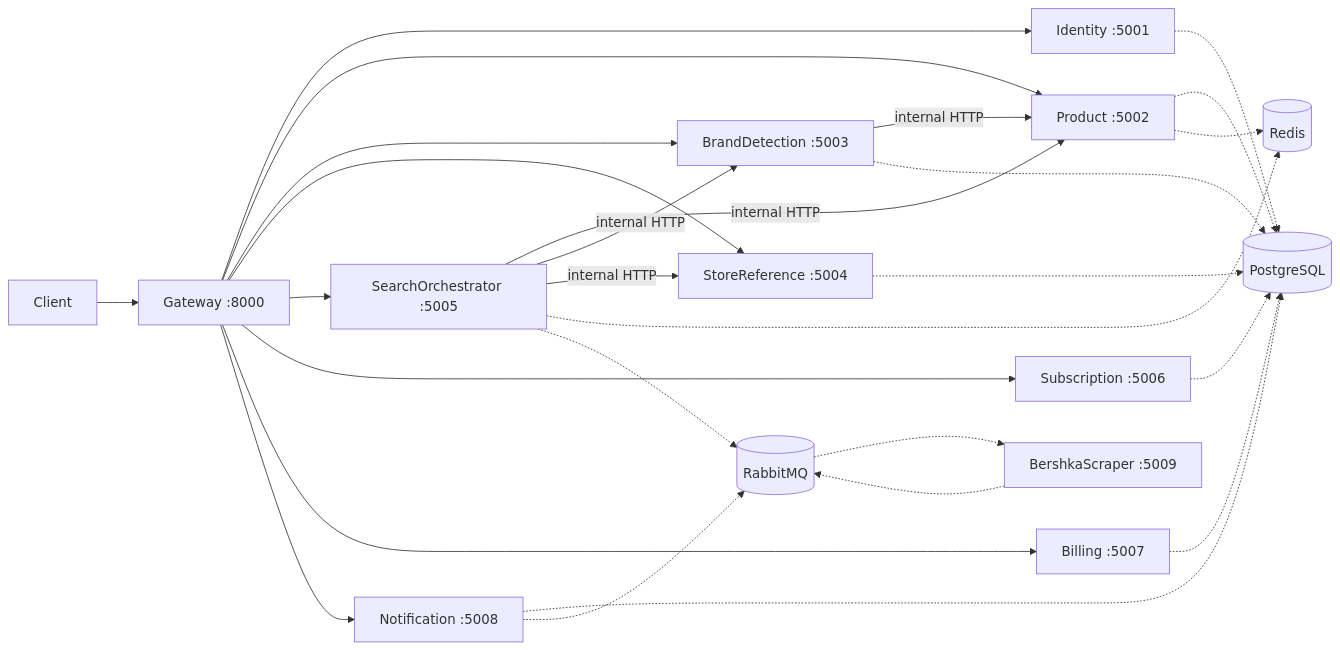
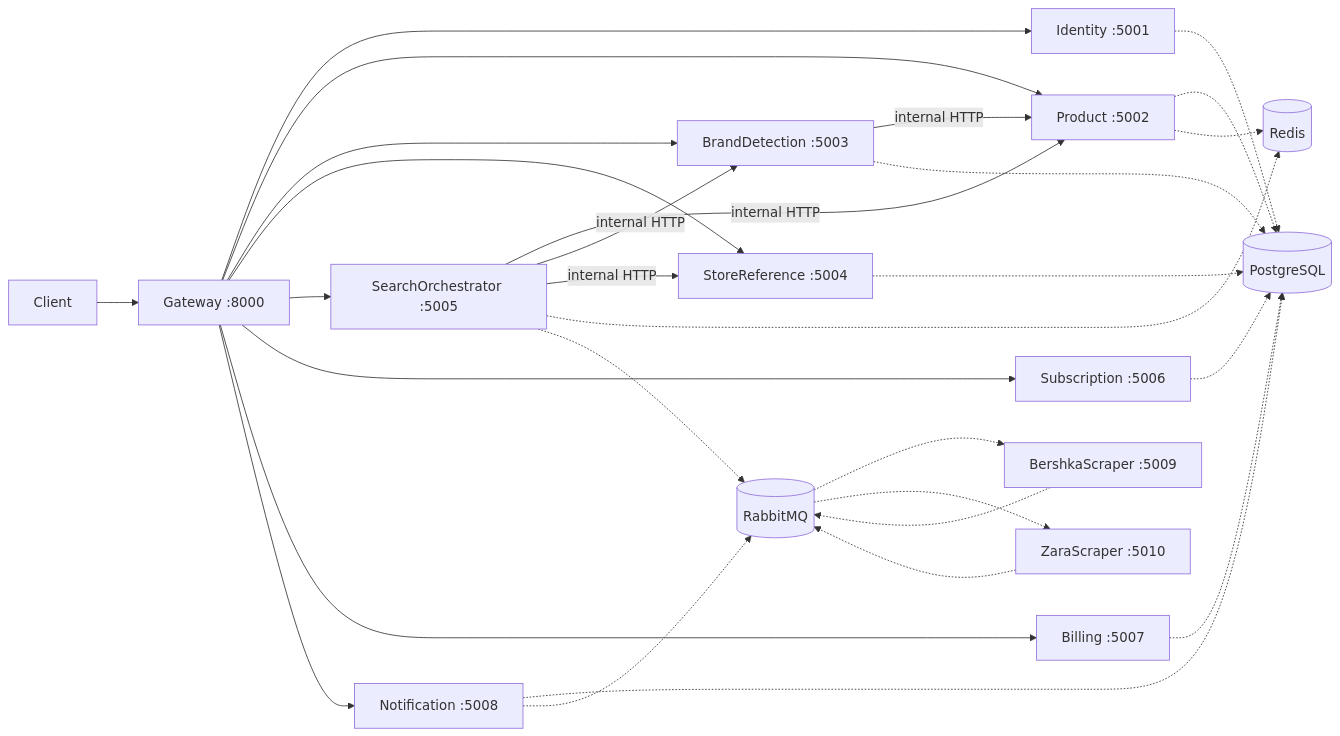
Before and after one commit to hnbirsen/StockTracker: the diagram in README.md, drawn with Mermaid. The commit also changed other lines of this file and 25 other files, not shown here.

First line of the commit message:
feat(ZaraScraper): Implement Zara stock API client and related services

````diff
--- a/README.md
+++ b/README.md
@@ -25,33 +25,35 @@
 ```mermaid
 flowchart LR
     Client[Client] --> Gateway[Gateway :8000]
 
     Gateway --> Identity[Identity :5001]
     Gateway --> Product[Product :5002]
     Gateway --> Brand[BrandDetection :5003]
     Gateway --> Store[StoreReference :5004]
     Gateway --> Search[SearchOrchestrator :5005]
     Gateway --> Subscription[Subscription :5006]
     Gateway --> Billing[Billing :5007]
     Gateway --> Notification[Notification :5008]
 
     Brand -->|internal HTTP| Product
     Search -->|internal HTTP| Product
     Search -->|internal HTTP| Brand
     Search -->|internal HTTP| Store
 
     Identity -.-> PG[(PostgreSQL)]
     Product -.-> PG
     Brand -.-> PG
     Store -.-> PG
     Subscription -.-> PG
     Billing -.-> PG
     Notification -.-> PG
 
     Product -.-> Redis[(Redis)]
     Search -.-> Redis
     Search -.-> MQ[(RabbitMQ)]
     Notification -.-> MQ
     MQ -.-> Scraper[BershkaScraper :5009]
     Scraper -.-> MQ
+    MQ -.-> ZaraScraper[ZaraScraper :5010]
+    ZaraScraper -.-> MQ
 ```
````
